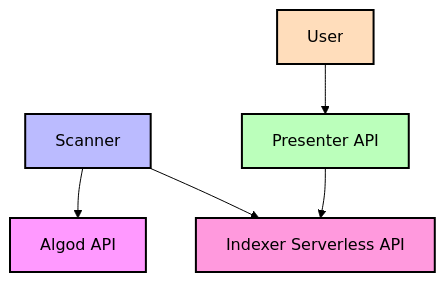
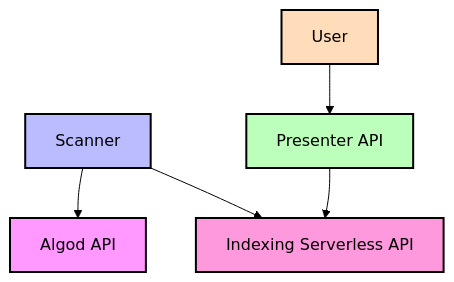
The first of 2 diagrams in README.md (flippingalgos/voi-nft-indexer-api), drawn with Mermaid (forest theme) before and after one commit. The commit also changed other lines of this file, not shown here.

````diff
--- a/README.md
+++ b/README.md
@@ -30,14 +30,14 @@
 ```mermaid
 graph TD
     AlgodAPI[Algod API]
     Scanner --> AlgodAPI[Algod API]
-    Scanner --> Indexer[Indexer Serverless API]
-    Presenter --> Indexer[Indexer Serverless API]
+    Scanner --> Indexing[Indexing Serverless API]
+    Presenter --> Indexing[Indexing Serverless API]
     User --> Presenter[Presenter API]
 
     style AlgodAPI fill:#f9f,stroke:#000,stroke-width:2px
     style Scanner fill:#bbf,stroke:#000,stroke-width:2px
-    style Indexer fill:#f9d,stroke:#000,stroke-width:2px
+    style Indexing fill:#f9d,stroke:#000,stroke-width:2px
     style Presenter fill:#bfb,stroke:#000,stroke-width:2px
     style User fill:#fdb,stroke:#000,stroke-width:2px
   ```
````
